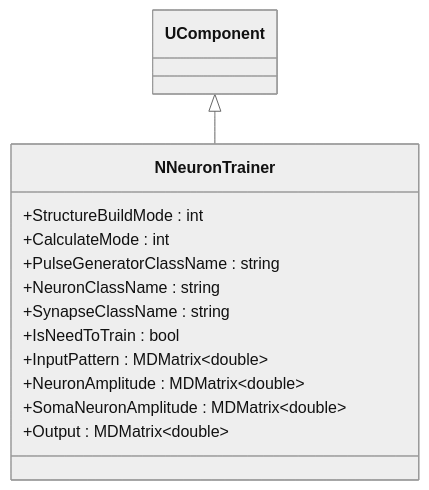
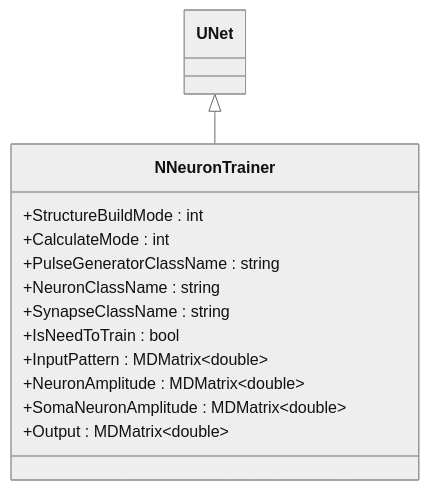
One commit to aicommunity/Nmsdk-PulseLib changed the sixth of 14 diagrams in Docs/Components/NNeuronTrainer.md. Above: the diagram before and after it, drawn with Mermaid (neutral theme). The commit also changed other lines of this file and 6 other files, not shown here.

````diff
--- a/Docs/Components/NNeuronTrainer.md
+++ b/Docs/Components/NNeuronTrainer.md
@@ -173,16 +171,16 @@
 ```mermaid
 classDiagram
-    UComponent <|-- NNeuronTrainer
+    UNet <|-- NNeuronTrainer
     class NNeuronTrainer {
         +StructureBuildMode : int
         +CalculateMode : int
         +PulseGeneratorClassName : string
         +NeuronClassName : string
         +SynapseClassName : string
         +IsNeedToTrain : bool
         +InputPattern : MDMatrix~double~
         +NeuronAmplitude : MDMatrix~double~
         +SomaNeuronAmplitude : MDMatrix~double~
         +Output : MDMatrix~double~
     }
 ```
````
